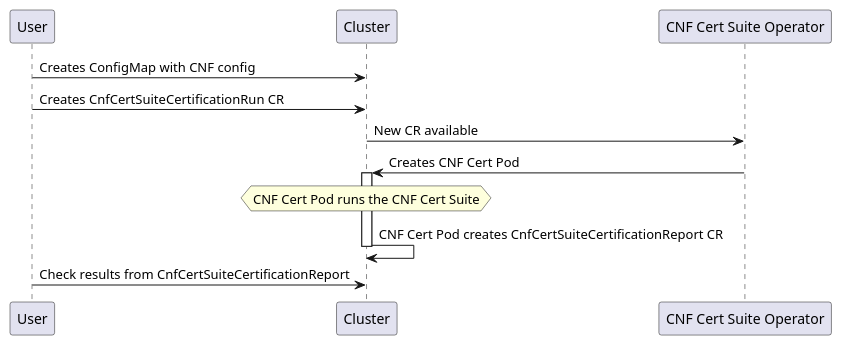
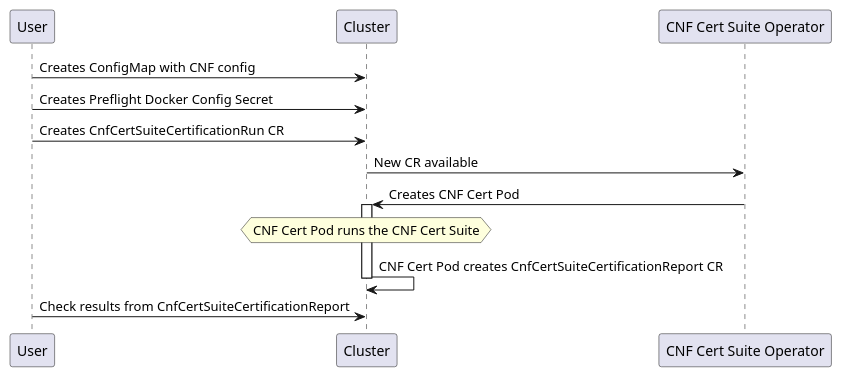
The diagram in doc/uml/use_case_run.puml (test-network-function/cnf-certsuite-operator), drawn with PlantUML before and after one commit. The commit also changed 5 other files, not shown here.

First line of the commit message:
updated UML's (#1)

```diff
--- a/doc/uml/use_case_run.puml
+++ b/doc/uml/use_case_run.puml
@@ -1,11 +1,12 @@
 @startuml "Run sequence"
 User -> Cluster : Creates ConfigMap with CNF config
+User -> Cluster: Creates Preflight Docker Config Secret
 User -> Cluster : Creates CnfCertSuiteCertificationRun CR
 Cluster -> "CNF Cert Suite Operator" : New CR available
 "CNF Cert Suite Operator" -> Cluster : Creates CNF Cert Pod
 hnote over Cluster : CNF Cert Pod runs the CNF Cert Suite
 activate Cluster
 Cluster -> Cluster : CNF Cert Pod creates CnfCertSuiteCertificationReport CR
 deactivate Cluster
 User -> Cluster : Check results from CnfCertSuiteCertificationReport
 @enduml
```
